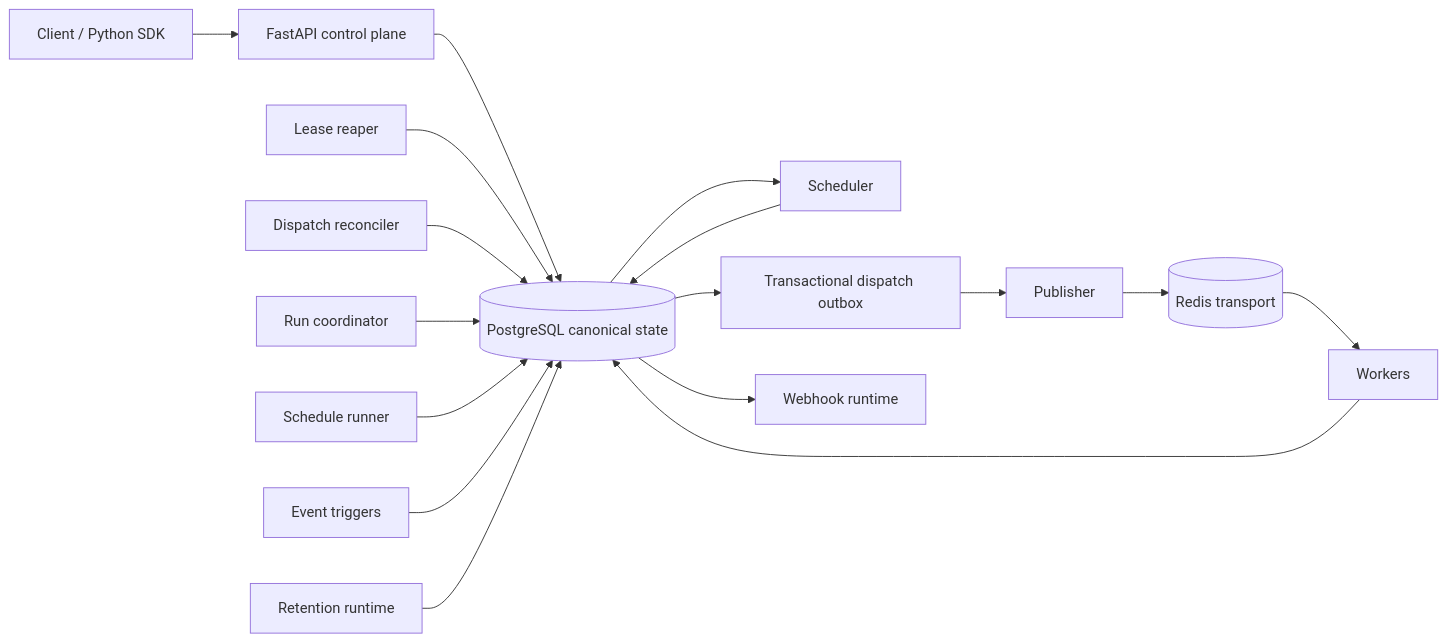
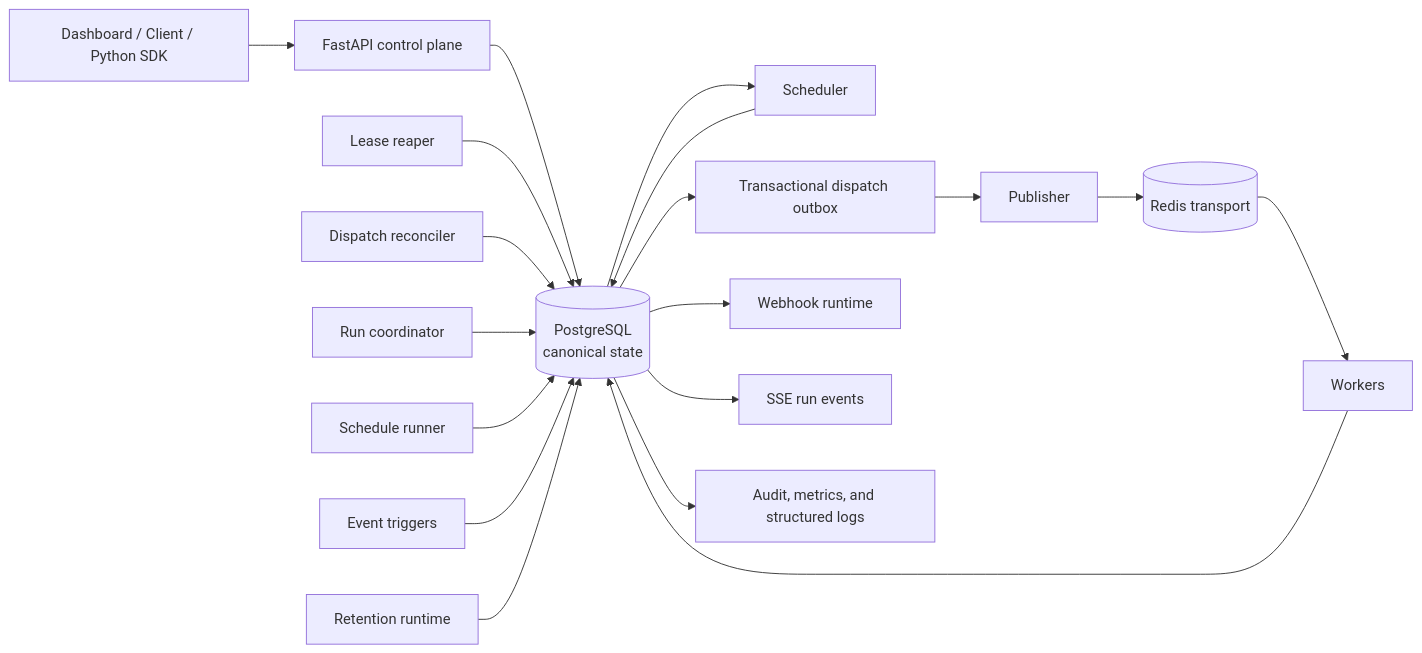
One commit to ayushxt25/fluxion changed the diagram in docs/ARCHITECTURE.md. Above: the diagram before and after it, drawn with Mermaid. The commit also changed 8 other files, not shown here.

````diff
--- a/docs/ARCHITECTURE.md
+++ b/docs/ARCHITECTURE.md
@@ -8,19 +8,21 @@
 ```mermaid
 flowchart LR
-    C[Client / Python SDK] --> API[FastAPI control plane]
-    API --> PG[(PostgreSQL canonical state)]
+    C[Dashboard / Client / Python SDK] --> API[FastAPI control plane]
+    API --> PG[(PostgreSQL<br/>canonical state)]
     S[Scheduler] --> PG
     PG --> O[Transactional dispatch outbox]
     O --> P[Publisher]
     P --> R[(Redis transport)]
     R --> W[Workers]
     W --> PG
     PG --> S
     LR[Lease reaper] --> PG
     DR[Dispatch reconciler] --> PG
     CO[Run coordinator] --> PG
     SCH[Schedule runner] --> PG
     TR[Event triggers] --> PG
     PG --> WH[Webhook runtime]
     RET[Retention runtime] --> PG
+    PG --> SSE[SSE run events]
+    PG --> OBS[Audit, metrics, and structured logs]
 ```
````
